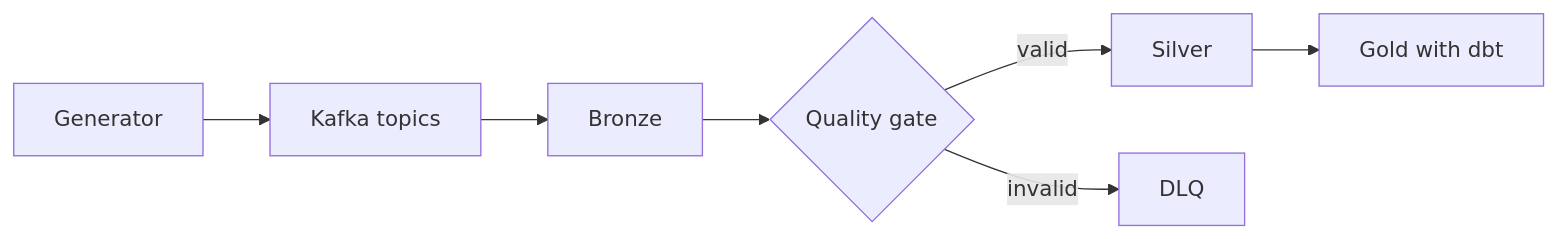
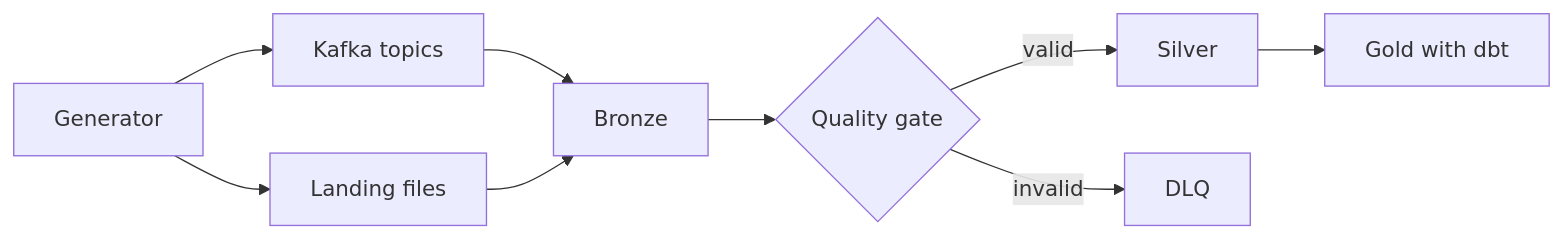
One commit to dogruom/thelook-lakehouse-platform changed the diagram in docs/DATA_FLOW.md. Above: the diagram before and after it, drawn with Mermaid. The commit also changed other lines of this file and 6 other files, not shown here.

````diff
--- a/docs/DATA_FLOW.md
+++ b/docs/DATA_FLOW.md
@@ -10,9 +10,11 @@
 ```mermaid
 flowchart LR
   G[Generator] --> K[Kafka topics]
+  G --> L[Landing files]
   K --> B[Bronze]
+  L --> B
   B --> Q{Quality gate}
   Q -->|valid| S[Silver]
   Q -->|invalid| D[DLQ]
   S --> GO[Gold with dbt]
 ```
````
